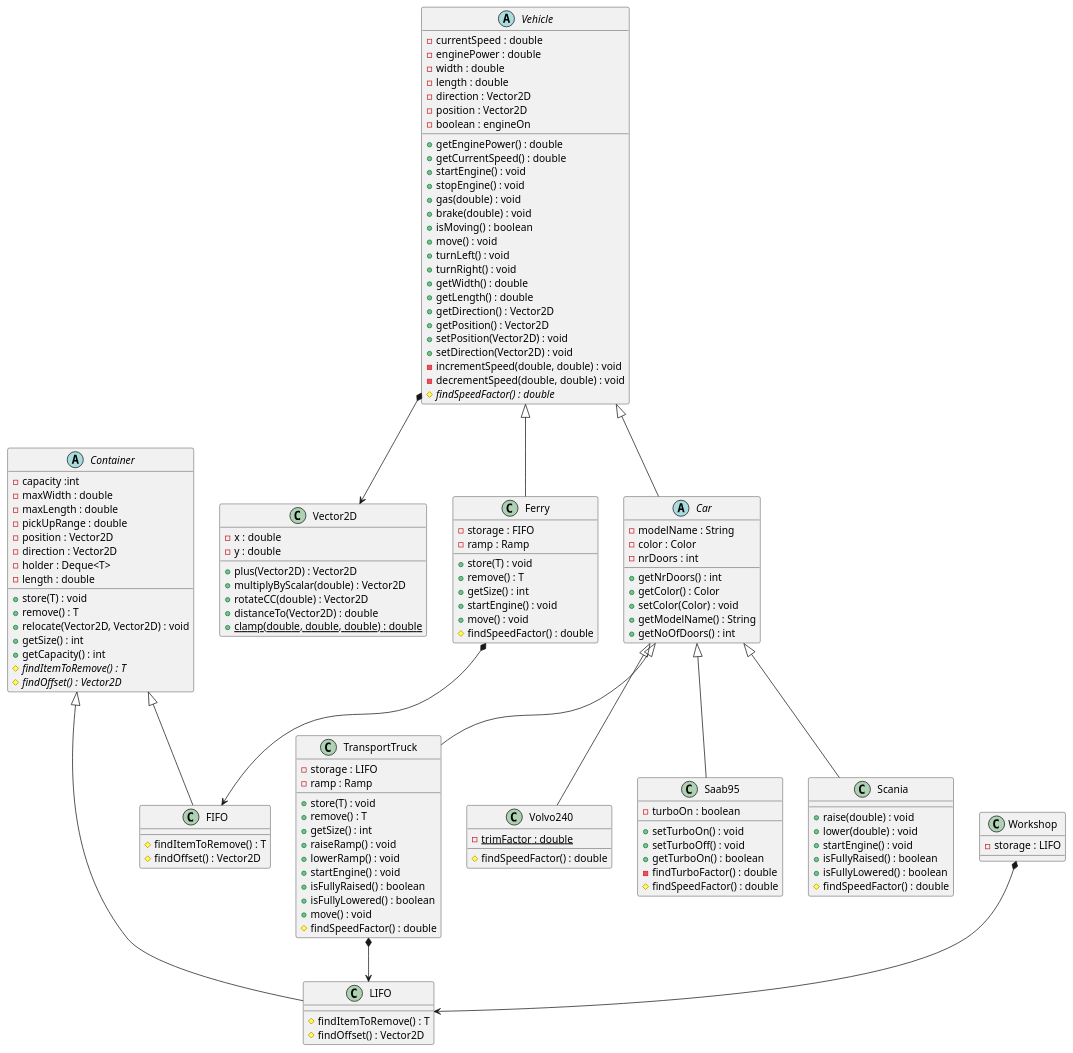
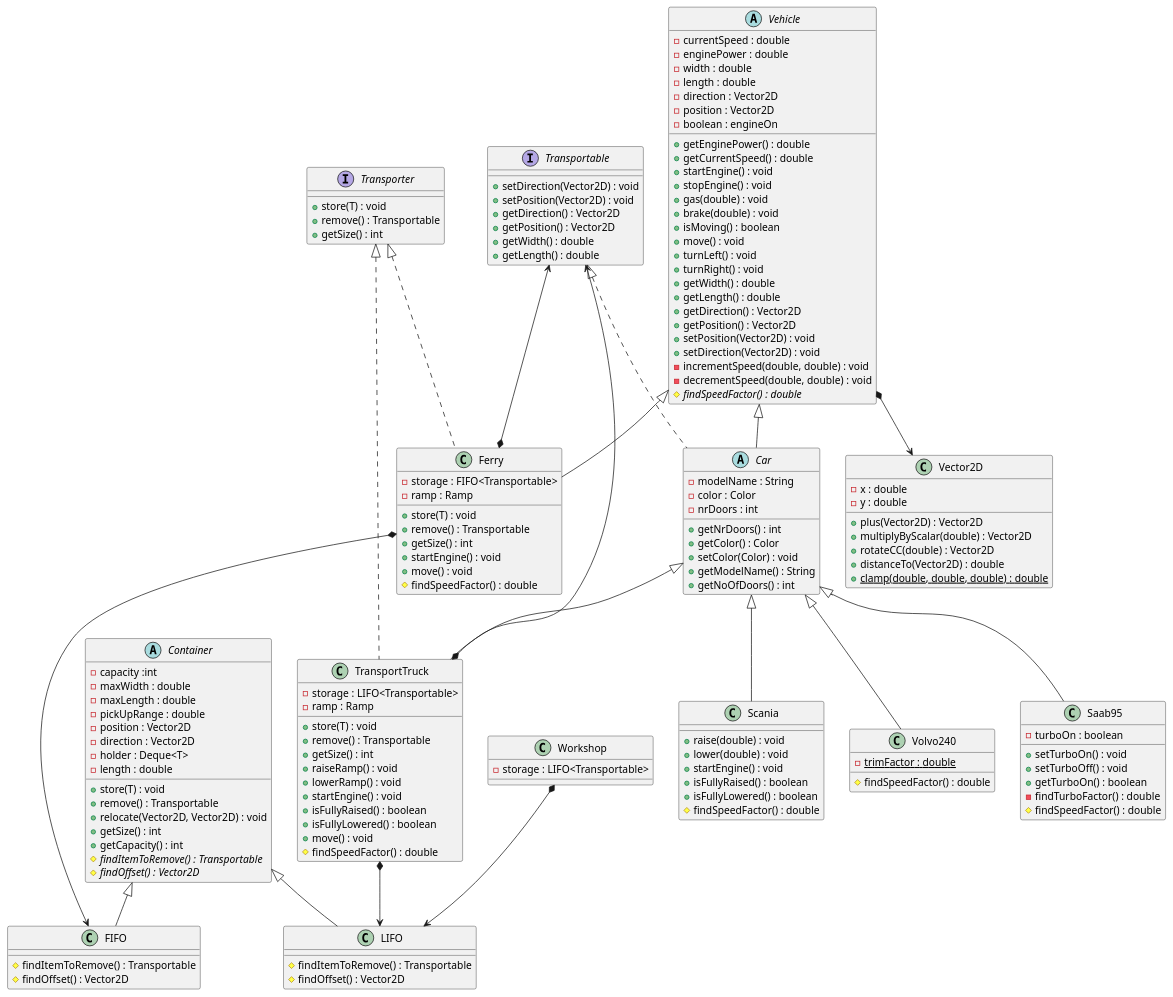
One commit to Yogaledare/dit953-lab2 changed the diagram in src/Uppg1.puml. Above: the diagram before and after it, drawn with PlantUML. The commit also changed 1 other file, not shown here.

```diff
--- a/src/Uppg1.puml
+++ b/src/Uppg1.puml
@@ -1,161 +1,183 @@
 @startuml
 
 class Volvo240 {
 -{static} trimFactor : double
 #findSpeedFactor() : double
 }
 
 class Saab95 {
 -turboOn : boolean
 +setTurboOn() : void
 +setTurboOff() : void
 +getTurboOn() : boolean
 -findTurboFactor() : double
 #findSpeedFactor() : double
 }
 
 class Scania {
 +raise(double) : void
 +lower(double) : void
 +startEngine() : void
 +isFullyRaised() : boolean
 +isFullyLowered() : boolean
 #findSpeedFactor() : double
 }
 
 
 abstract class Car {
 -modelName : String
 -color : Color
 -nrDoors : int
 +getNrDoors() : int
 +getColor() : Color
 +setColor(Color) : void
 +getModelName() : String
 +getNoOfDoors() : int
 }
 
 abstract class Vehicle {
 -currentSpeed : double
 -enginePower : double
 -width : double
 -length : double
 -direction : Vector2D
 -position : Vector2D
 -boolean : engineOn
 +getEnginePower() : double
 +getCurrentSpeed() : double
 +startEngine() : void
 +stopEngine() : void
 +gas(double) : void
 +brake(double) : void
 +isMoving() : boolean
 +move() : void
 +turnLeft() : void
 +turnRight() : void
 +getWidth() : double
 +getLength() : double
 +getDirection() : Vector2D
 +getPosition() : Vector2D
 +setPosition(Vector2D) : void
 +setDirection(Vector2D) : void
 -incrementSpeed(double, double) : void
 -decrementSpeed(double, double) : void
 #{abstract} findSpeedFactor() : double
 
 }
 
 
 
 class Vector2D {
 -x : double
 -y : double
 +plus(Vector2D) : Vector2D
 +multiplyByScalar(double) : Vector2D
 +rotateCC(double) : Vector2D
 +distanceTo(Vector2D) : double
 +{static}clamp(double, double, double) : double
 }
 
 
 
 Car <|-- Volvo240
 Car <|-- Saab95
 Car <|-- Scania
 
 
 
 Vehicle *--> Vector2D
 
 Vehicle <|-- Car
 
 abstract class Container {
 -capacity :int
 -maxWidth : double
 -maxLength : double
 -pickUpRange : double
 -position : Vector2D
 -direction : Vector2D
 -holder : Deque<T>
 -length : double
 +store(T) : void
-+remove() : T
++remove() : Transportable
 +relocate(Vector2D, Vector2D) : void
 +getSize() : int
 +getCapacity() : int
-#{abstract} findItemToRemove() : T
+#{abstract} findItemToRemove() : Transportable
 #{abstract} findOffset() : Vector2D
 }
 
 class LIFO {
-#findItemToRemove() : T
+#findItemToRemove() : Transportable
 #findOffset() : Vector2D
 }
 
 class FIFO {
-#findItemToRemove() : T
+#findItemToRemove() : Transportable
 #findOffset() : Vector2D
 }
 
 class TransportTruck {
--storage : LIFO
+-storage : LIFO<Transportable>
 -ramp : Ramp
 +store(T) : void
-+remove() : T
++remove() : Transportable
 +getSize() : int
 +raiseRamp() : void
 +lowerRamp() : void
 +startEngine() : void
 +isFullyRaised() : boolean
 +isFullyLowered() : boolean
 +move() : void
 #findSpeedFactor() : double
 }
 
 class Ferry{
--storage : FIFO
+-storage : FIFO<Transportable>
 -ramp : Ramp
 +store(T) : void
-+remove() : T
++remove() : Transportable
 +getSize() : int
 +startEngine() : void
 +move() : void
 #findSpeedFactor() : double
 }
 
 Car <|-- TransportTruck
-class TransportTruck {}
+
 TransportTruck *--> LIFO
-Ferry *--> FIFO
+Ferry *---> FIFO
 Vehicle <|-- Ferry
 Container <|-- FIFO
 Container <|-- LIFO
 
 class Workshop {
--storage : LIFO
+-storage : LIFO<Transportable>
 }
 
 Workshop *--> LIFO
 
+interface Transportable {
++setDirection(Vector2D) : void
++setPosition(Vector2D) : void
++getDirection() : Vector2D
++getPosition() : Vector2D
++getWidth() : double
++getLength() : double
+}
+
+interface Transporter {
++store(T) : void
++remove() : Transportable
++getSize() : int
+}
+
+Transporter <|.. Ferry
+Transporter <|.. TransportTruck
+
+Transportable <|.. Car
+
+Transportable <--* TransportTruck
+Transportable <--* Ferry
 
 @enduml
```
